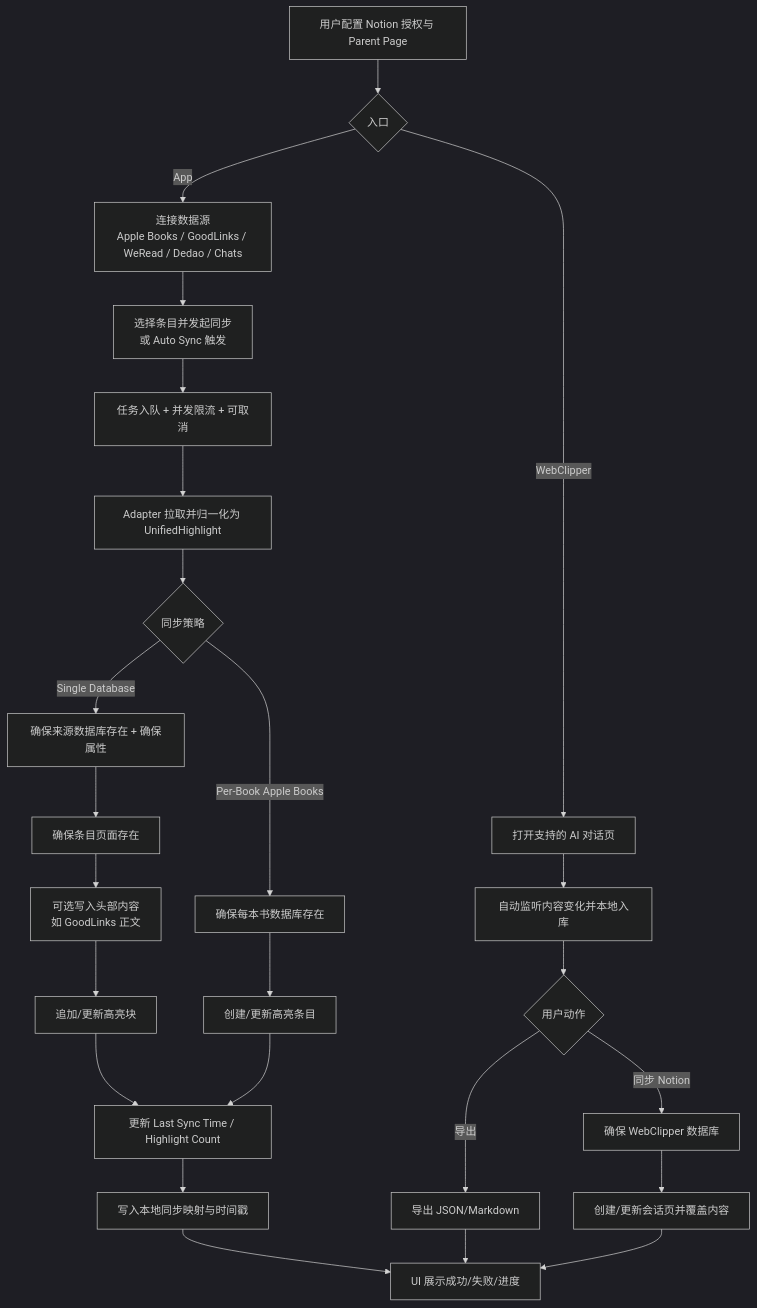
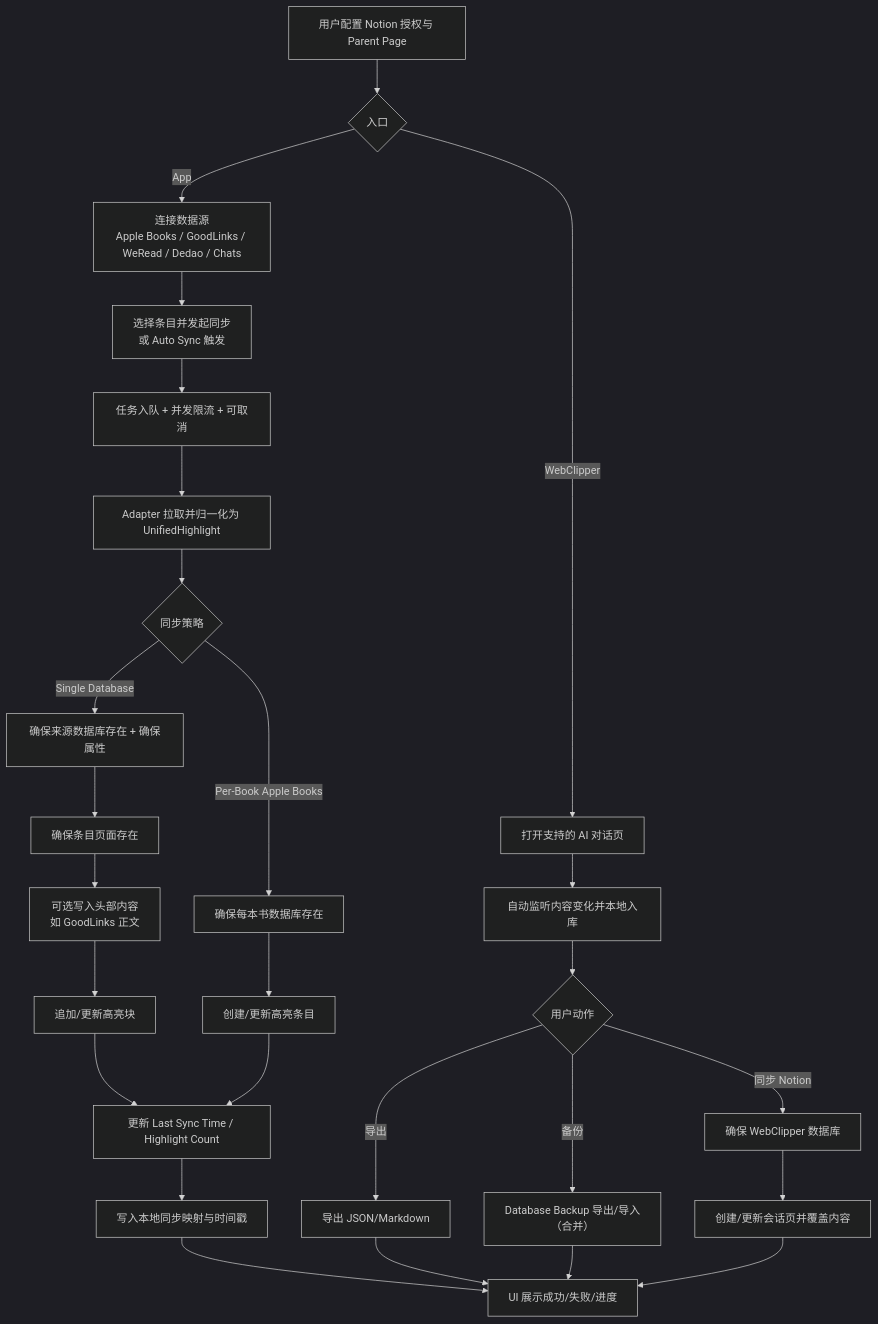
The diagram in .github/docs/business-logic.md (chiimagnus/SyncNos), drawn with Mermaid (dark theme) before and after one commit. The commit also changed other lines of this file and 5 other files, not shown here.

````diff
--- a/.github/docs/business-logic.md
+++ b/.github/docs/business-logic.md
@@ -192,29 +194,31 @@
 ```mermaid
 flowchart TD
     A["用户配置 Notion 授权与 Parent Page"] --> B{入口}
 
     B -->|App| C["连接数据源<br/>Apple Books / GoodLinks / WeRead / Dedao / Chats"]
     C --> D["选择条目并发起同步<br/>或 Auto Sync 触发"]
     D --> E["任务入队 + 并发限流 + 可取消"]
     E --> F["Adapter 拉取并归一化为 UnifiedHighlight"]
     F --> G{同步策略}
     G -->|Single Database| H["确保来源数据库存在 + 确保属性"]
     H --> I["确保条目页面存在"]
     I --> J["可选写入头部内容<br/>如 GoodLinks 正文"]
     J --> K["追加/更新高亮块"]
     G -->|Per-Book Apple Books| L["确保每本书数据库存在"]
     L --> M["创建/更新高亮条目"]
     K --> N["更新 Last Sync Time / Highlight Count"]
     M --> N
     N --> O["写入本地同步映射与时间戳"]
     O --> P["UI 展示成功/失败/进度"]
 
     B -->|WebClipper| W1["打开支持的 AI 对话页"]
     W1 --> W2["自动监听内容变化并本地入库"]
     W2 --> W3{用户动作}
     W3 -->|导出| W4["导出 JSON/Markdown"]
+    W3 -->|备份| W4b["Database Backup 导出/导入（合并）"]
     W3 -->|同步 Notion| W5["确保 WebClipper 数据库"]
     W5 --> W6["创建/更新会话页并覆盖内容"]
     W4 --> P
+    W4b --> P
     W6 --> P
 ```
````
